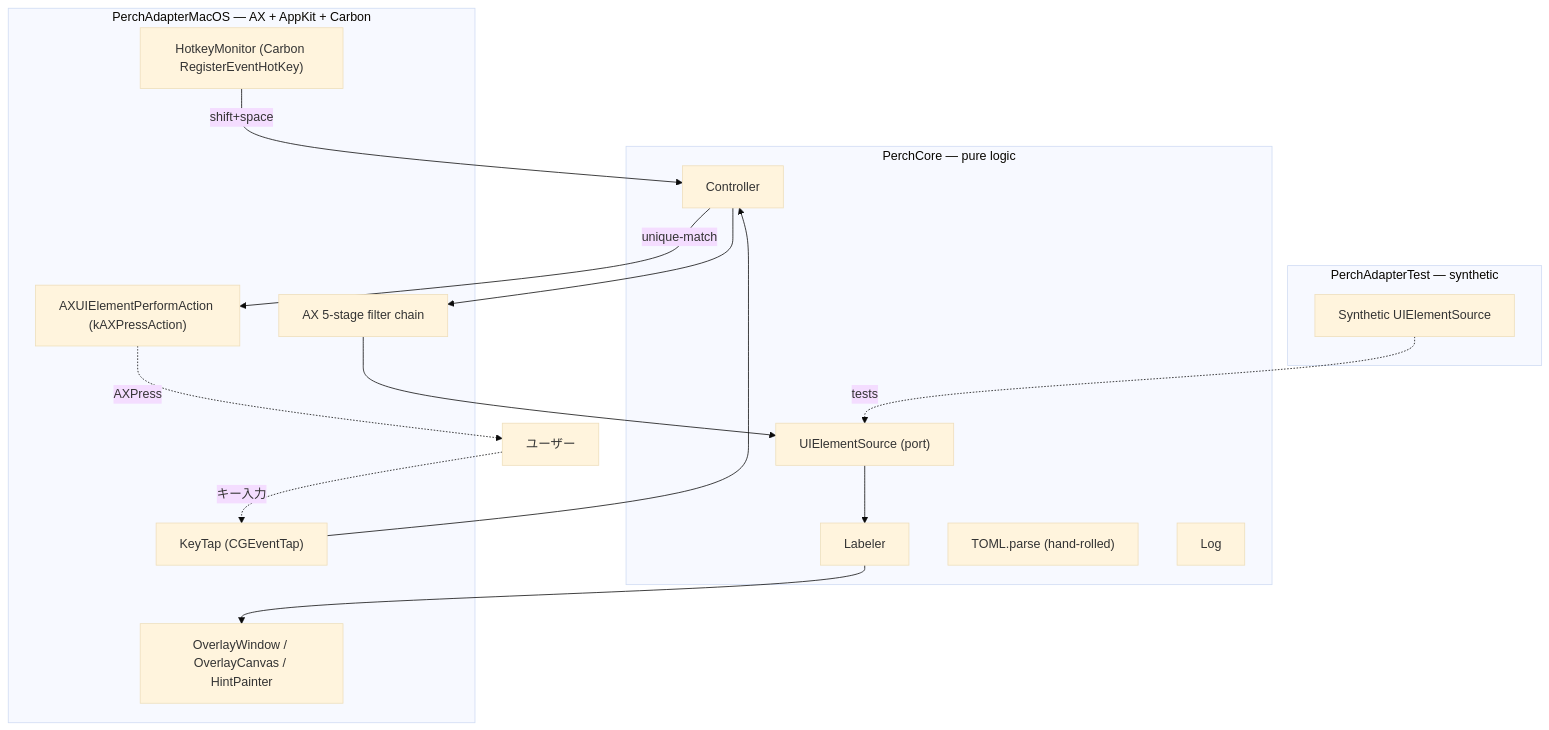
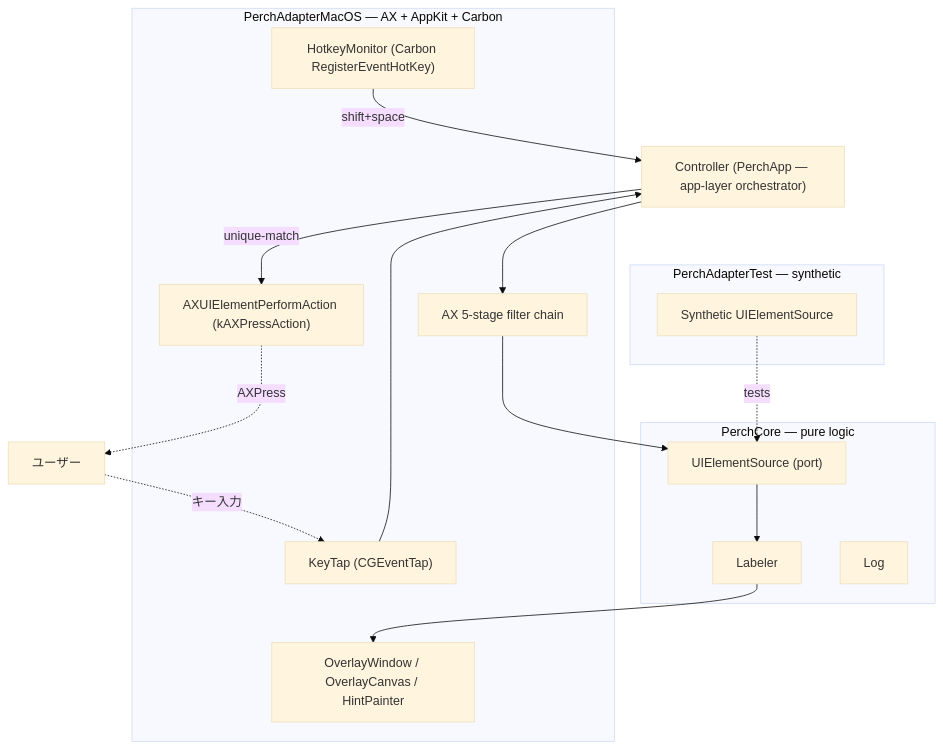
The diagram in docs/glossary.md (akira-toriyama/perch), drawn with Mermaid (base theme) before and after one commit. The commit also changed other lines of this file and 2 other files, not shown here.

First line of the commit message:
:memo: docs: TOML 外出し反映＋glossary 剥離修正（第2波 束1）

````diff
--- a/docs/glossary.md
+++ b/docs/glossary.md
@@ -33,31 +33,30 @@
 ```mermaid
 flowchart TB
   subgraph CORE["PerchCore — pure logic"]
     SOURCE["UIElementSource (port)"]
-    CTRL["Controller"]
     LABELER["Labeler"]
-    TOML["TOML.parse (hand-rolled)"]
     LOG["Log"]
   end
   subgraph ADAPTER["PerchAdapterMacOS — AX + AppKit + Carbon"]
     AXENUM["AX 5-stage filter chain"]
     HOTKEY["HotkeyMonitor (Carbon RegisterEventHotKey)"]
     KEYTAP["KeyTap (CGEventTap)"]
     OVERLAY["OverlayWindow / OverlayCanvas / HintPainter"]
     PRESS["AXUIElementPerformAction (kAXPressAction)"]
   end
   subgraph TEST["PerchAdapterTest — synthetic"]
     SYNTH["Synthetic UIElementSource"]
   end
   USER["ユーザー"]
+  CTRL["Controller (PerchApp — app-layer orchestrator)"]
   HOTKEY -->|shift+space| CTRL
   CTRL --> AXENUM
   AXENUM --> SOURCE
   SOURCE --> LABELER
   LABELER --> OVERLAY
   USER -.キー入力.-> KEYTAP
   KEYTAP --> CTRL
   CTRL -->|unique-match| PRESS
   PRESS -.AXPress.-> USER
   SYNTH -.tests.-> SOURCE
 ```
````
